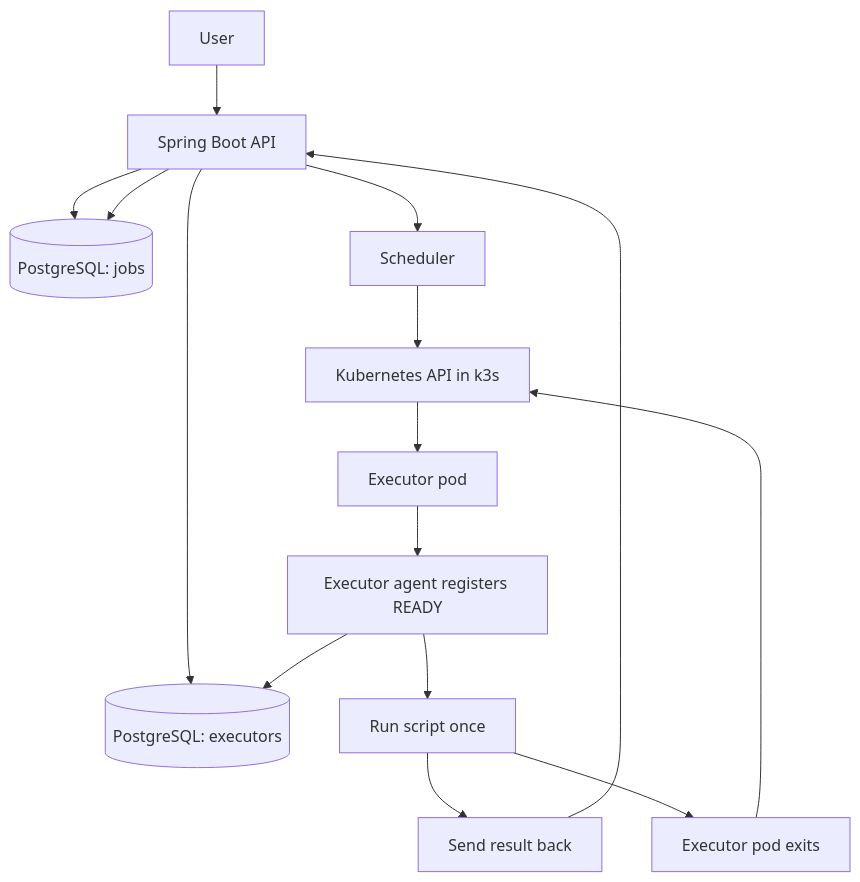
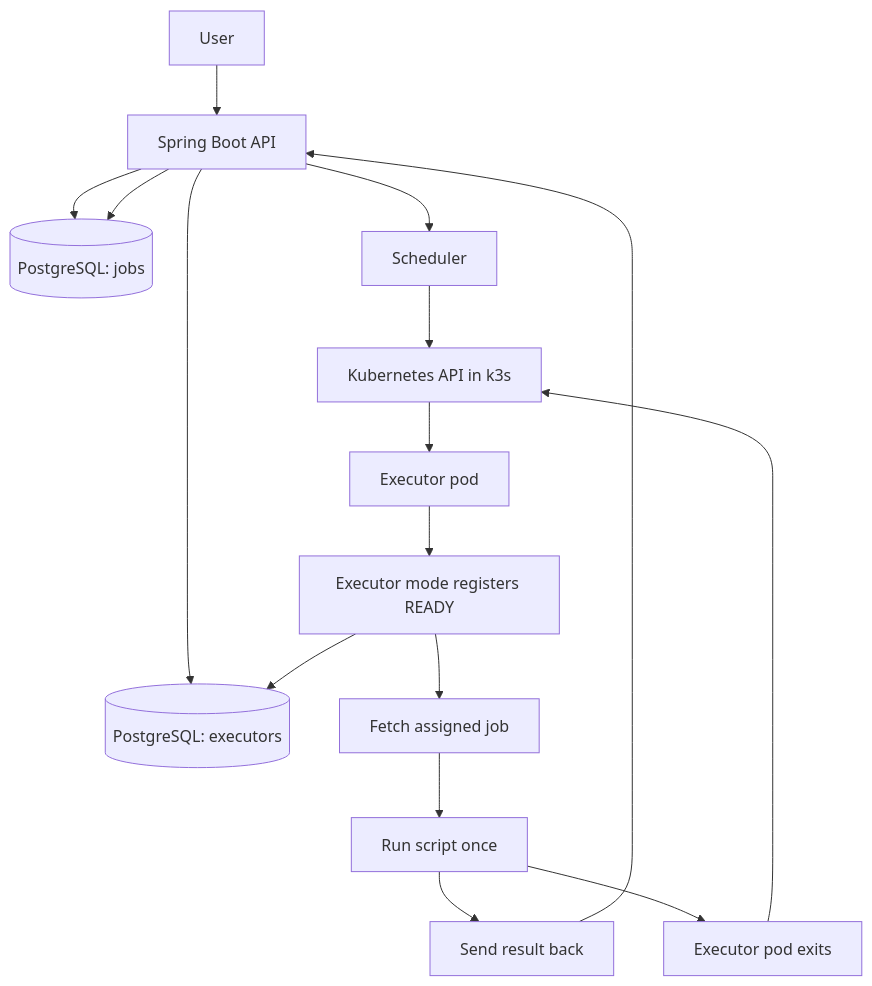
The diagram in README.md (def4alt/executor), drawn with Mermaid before and after one commit. The commit also changed other lines of this file and 27 other files, not shown here.

First line of the commit message:
refactor: harden kubernetes executor flow

````diff
--- a/README.md
+++ b/README.md
@@ -11,21 +11,22 @@
 ```mermaid
 flowchart TD
     U[User] --> API[Spring Boot API]
     API --> J[(PostgreSQL: jobs)]
     API --> E[(PostgreSQL: executors)]
     API --> Q[Scheduler]
 
     Q --> K8S[Kubernetes API in k3s]
     K8S --> PODS[Executor pod]
 
-    PODS --> REG[Executor agent registers READY]
+    PODS --> REG[Executor mode registers READY]
     REG --> E
 
-    REG --> RUN[Run script once]
+    REG --> ASSIGN[Fetch assigned job]
+    ASSIGN --> RUN[Run script once]
     RUN --> RES[Send result back]
     RES --> API
 
     API --> J
     RUN --> EXIT[Executor pod exits]
     EXIT --> K8S
 ```
````
